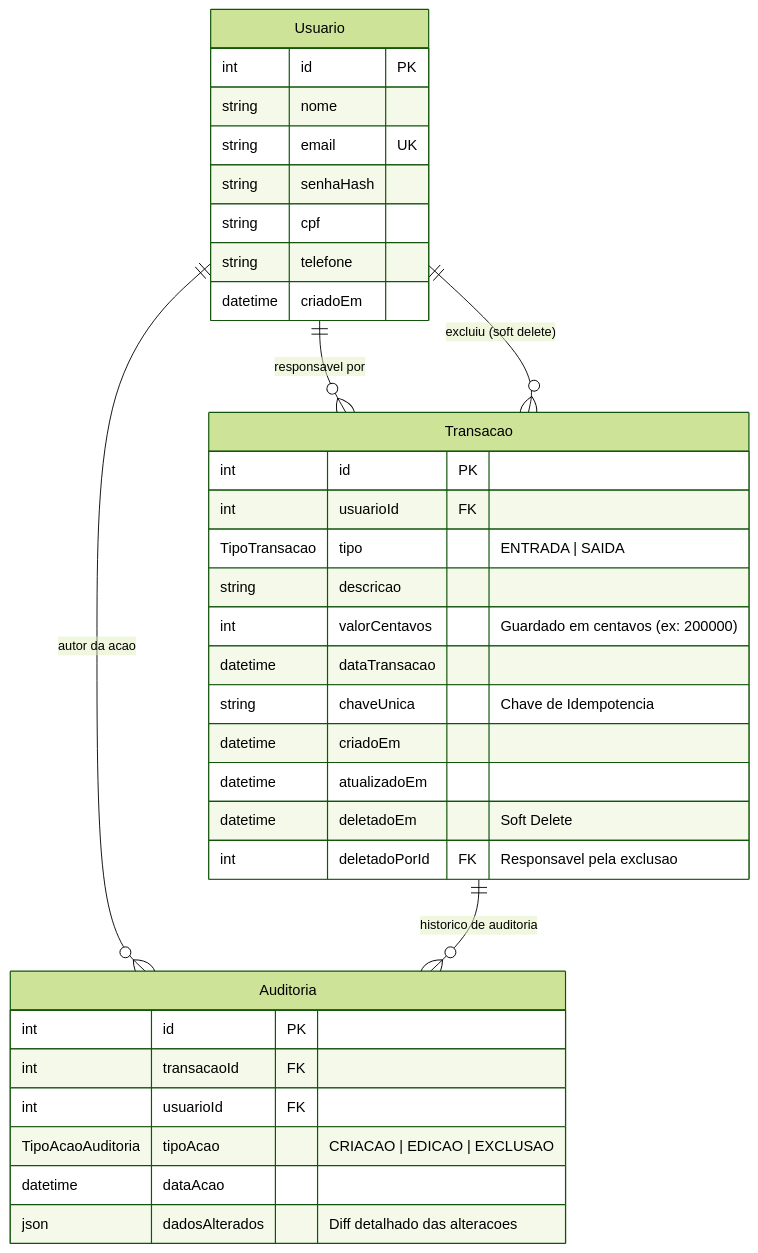
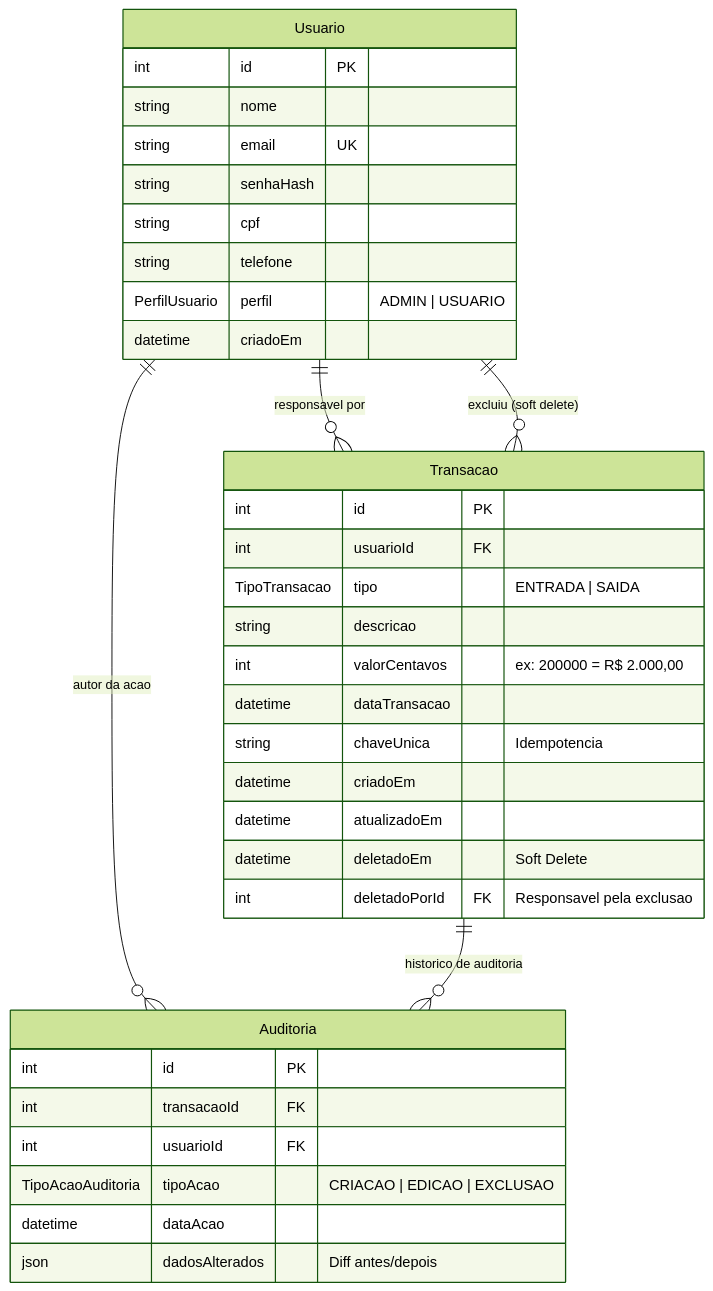
The diagram in README.md (HenriqueSasaki14/SA_DevSistemas), drawn with Mermaid (forest theme) before and after one commit. The commit also changed other lines of this file and 61 other files, not shown here.

````diff
--- a/README.md
+++ b/README.md
@@ -54,40 +68,41 @@
 ```mermaid
 erDiagram
     Usuario ||--o{ Transacao : "responsavel por"
     Usuario ||--o{ Transacao : "excluiu (soft delete)"
     Usuario ||--o{ Auditoria : "autor da acao"
     Transacao ||--o{ Auditoria : "historico de auditoria"
 
     Usuario {
         int id PK
         string nome
         string email UK
         string senhaHash
         string cpf
         string telefone
+        PerfilUsuario perfil "ADMIN | USUARIO"
         datetime criadoEm
     }
 
     Transacao {
         int id PK
         int usuarioId FK
         TipoTransacao tipo "ENTRADA | SAIDA"
         string descricao
-        int valorCentavos "Guardado em centavos (ex: 200000)"
+        int valorCentavos "ex: 200000 = R$ 2.000,00"
         datetime dataTransacao
-        string chaveUnica "Chave de Idempotencia"
+        string chaveUnica "Idempotencia"
         datetime criadoEm
         datetime atualizadoEm
         datetime deletadoEm "Soft Delete"
         int deletadoPorId FK "Responsavel pela exclusao"
     }
 
     Auditoria {
         int id PK
         int transacaoId FK
         int usuarioId FK
         TipoAcaoAuditoria tipoAcao "CRIACAO | EDICAO | EXCLUSAO"
         datetime dataAcao
-        json dadosAlterados "Diff detalhado das alteracoes"
+        json dadosAlterados "Diff antes/depois"
     }
 ```
````
